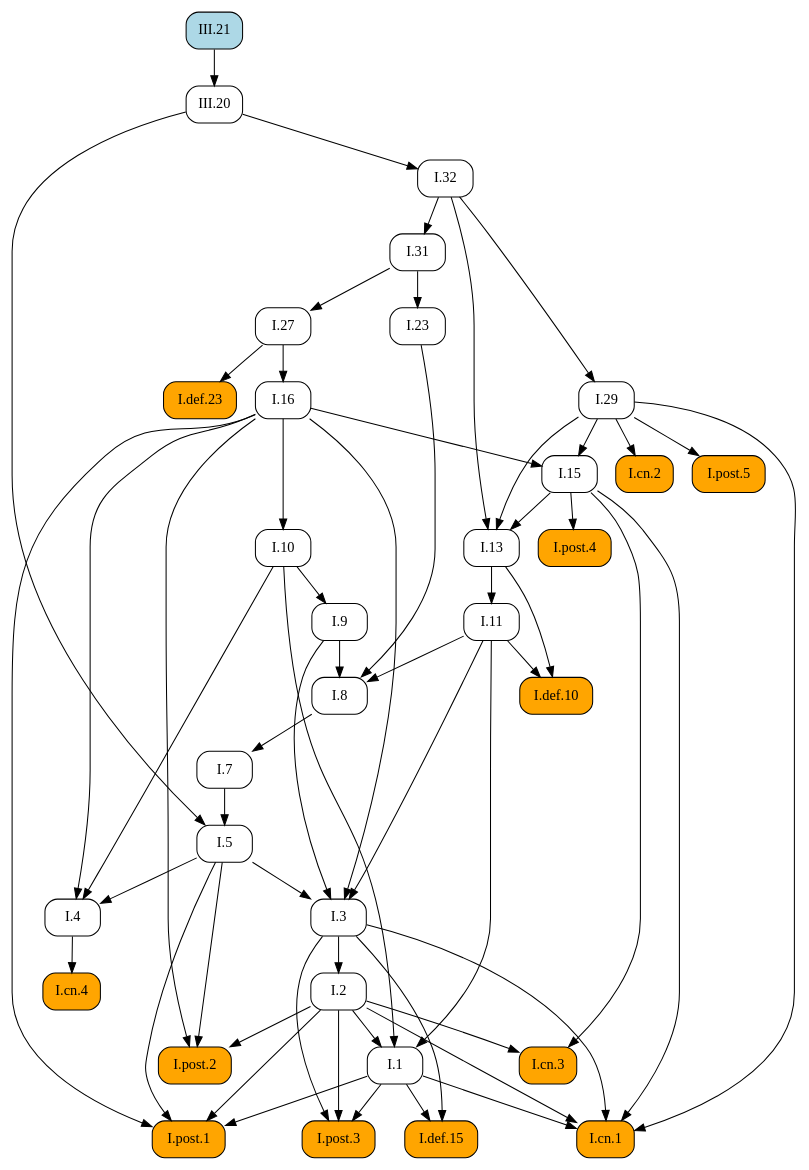
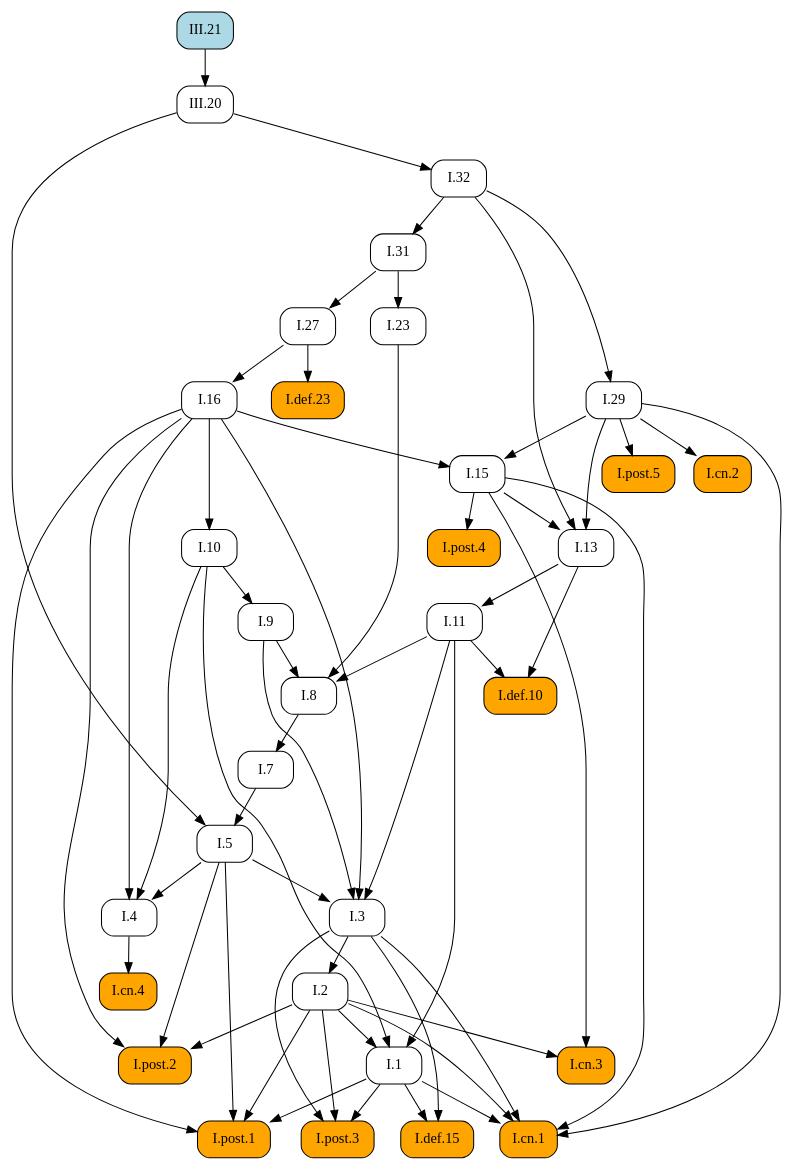
One commit to geometor/elements changed the diagram in docsrc/heath/III/21/index.rst. Above: the diagram before and after it, drawn with Graphviz. The commit also changed other lines of this file and 1029 other files, not shown here.

```diff
--- a/docsrc/heath/III/21/index.rst
+++ b/docsrc/heath/III/21/index.rst
@@ -49,94 +49,94 @@
    digraph {
      rankdir="TB";
      node [shape=box, style=rounded];
+     "I.def.10" [style="rounded,filled", fillcolor=orange, URL="/heath/I/def.10/", target="_top"];
+     "I.11" [URL="/heath/I/11/", target="_top"];
+     "I.post.4" [style="rounded,filled", fillcolor=orange, URL="/heath/I/post.4/", target="_top"];
+     "I.1" [URL="/heath/I/1/", target="_top"];
+     "I.27" [URL="/heath/I/27/", target="_top"];
+     "I.7" [URL="/heath/I/7/", target="_top"];
+     "I.3" [URL="/heath/I/3/", target="_top"];
+     "I.2" [URL="/heath/I/2/", target="_top"];
+     "I.4" [URL="/heath/I/4/", target="_top"];
+     "I.def.23" [style="rounded,filled", fillcolor=orange, URL="/heath/I/def.23/", target="_top"];
+     "III.20" [URL="/heath/III/20/", target="_top"];
+     "I.29" [URL="/heath/I/29/", target="_top"];
      "I.13" [URL="/heath/I/13/", target="_top"];
+     "I.cn.2" [style="rounded,filled", fillcolor=orange, URL="/heath/I/cn.2/", target="_top"];
+     "I.post.2" [style="rounded,filled", fillcolor=orange, URL="/heath/I/post.2/", target="_top"];
+     "I.31" [URL="/heath/I/31/", target="_top"];
+     "I.16" [URL="/heath/I/16/", target="_top"];
+     "I.def.15" [style="rounded,filled", fillcolor=orange, URL="/heath/I/def.15/", target="_top"];
+     "I.9" [URL="/heath/I/9/", target="_top"];
+     "I.post.3" [style="rounded,filled", fillcolor=orange, URL="/heath/I/post.3/", target="_top"];
+     "I.cn.1" [style="rounded,filled", fillcolor=orange, URL="/heath/I/cn.1/", target="_top"];
      "I.cn.3" [style="rounded,filled", fillcolor=orange, URL="/heath/I/cn.3/", target="_top"];
-     "I.cn.2" [style="rounded,filled", fillcolor=orange, URL="/heath/I/cn.2/", target="_top"];
+     "I.32" [URL="/heath/I/32/", target="_top"];
+     "I.8" [URL="/heath/I/8/", target="_top"];
+     "I.cn.4" [style="rounded,filled", fillcolor=orange, URL="/heath/I/cn.4/", target="_top"];
+     "I.23" [URL="/heath/I/23/", target="_top"];
+     "I.15" [URL="/heath/I/15/", target="_top"];
+     "III.21" [style="rounded,filled", fillcolor=lightblue, URL="/heath/III/21/", target="_top"];
+     "I.post.5" [style="rounded,filled", fillcolor=orange, URL="/heath/I/post.5/", target="_top"];
+     "I.post.1" [style="rounded,filled", fillcolor=orange, URL="/heath/I/post.1/", target="_top"];
+     "I.10" [URL="/heath/I/10/", target="_top"];
      "I.5" [URL="/heath/I/5/", target="_top"];
-     "III.21" [style="rounded,filled", fillcolor=lightblue, URL="/heath/III/21/", target="_top"];
-     "I.11" [URL="/heath/I/11/", target="_top"];
-     "I.29" [URL="/heath/I/29/", target="_top"];
-     "I.7" [URL="/heath/I/7/", target="_top"];
-     "I.10" [URL="/heath/I/10/", target="_top"];
-     "I.4" [URL="/heath/I/4/", target="_top"];
-     "I.27" [URL="/heath/I/27/", target="_top"];
-     "I.def.23" [style="rounded,filled", fillcolor=orange, URL="/heath/I/def.23/", target="_top"];
-     "I.3" [URL="/heath/I/3/", target="_top"];
-     "I.16" [URL="/heath/I/16/", target="_top"];
-     "I.31" [URL="/heath/I/31/", target="_top"];
-     "I.8" [URL="/heath/I/8/", target="_top"];
-     "I.9" [URL="/heath/I/9/", target="_top"];
-     "I.def.10" [style="rounded,filled", fillcolor=orange, URL="/heath/I/def.10/", target="_top"];
-     "III.20" [URL="/heath/III/20/", target="_top"];
-     "I.post.4" [style="rounded,filled", fillcolor=orange, URL="/heath/I/post.4/", target="_top"];
-     "I.2" [URL="/heath/I/2/", target="_top"];
-     "I.post.2" [style="rounded,filled", fillcolor=orange, URL="/heath/I/post.2/", target="_top"];
-     "I.def.15" [style="rounded,filled", fillcolor=orange, URL="/heath/I/def.15/", target="_top"];
-     "I.1" [URL="/heath/I/1/", target="_top"];
-     "I.post.3" [style="rounded,filled", fillcolor=orange, URL="/heath/I/post.3/", target="_top"];
-     "I.post.1" [style="rounded,filled", fillcolor=orange, URL="/heath/I/post.1/", target="_top"];
-     "I.post.5" [style="rounded,filled", fillcolor=orange, URL="/heath/I/post.5/", target="_top"];
-     "I.cn.4" [style="rounded,filled", fillcolor=orange, URL="/heath/I/cn.4/", target="_top"];
-     "I.15" [URL="/heath/I/15/", target="_top"];
-     "I.cn.1" [style="rounded,filled", fillcolor=orange, URL="/heath/I/cn.1/", target="_top"];
-     "I.32" [URL="/heath/I/32/", target="_top"];
-     "I.23" [URL="/heath/I/23/", target="_top"];
-     "I.15" -> "I.13";
-     "I.29" -> "I.13";
-     "I.32" -> "I.13";
-     "I.2" -> "I.cn.3";
-     "I.15" -> "I.cn.3";
-     "I.29" -> "I.cn.2";
-     "I.7" -> "I.5";
-     "III.20" -> "I.5";
+     "I.11" -> "I.def.10";
+     "I.13" -> "I.def.10";
      "I.13" -> "I.11";
-     "I.32" -> "I.29";
+     "I.15" -> "I.post.4";
+     "I.2" -> "I.1";
+     "I.10" -> "I.1";
+     "I.11" -> "I.1";
+     "I.31" -> "I.27";
      "I.8" -> "I.7";
-     "I.16" -> "I.10";
-     "I.5" -> "I.4";
-     "I.10" -> "I.4";
-     "I.16" -> "I.4";
-     "I.31" -> "I.27";
-     "I.27" -> "I.def.23";
      "I.5" -> "I.3";
      "I.9" -> "I.3";
      "I.11" -> "I.3";
      "I.16" -> "I.3";
-     "I.27" -> "I.16";
-     "I.32" -> "I.31";
-     "I.9" -> "I.8";
-     "I.11" -> "I.8";
-     "I.23" -> "I.8";
-     "I.10" -> "I.9";
-     "I.11" -> "I.def.10";
-     "I.13" -> "I.def.10";
+     "I.3" -> "I.2";
+     "I.5" -> "I.4";
+     "I.10" -> "I.4";
+     "I.16" -> "I.4";
+     "I.27" -> "I.def.23";
      "III.21" -> "III.20";
-     "I.15" -> "I.post.4";
-     "I.3" -> "I.2";
+     "I.32" -> "I.29";
+     "I.15" -> "I.13";
+     "I.29" -> "I.13";
+     "I.32" -> "I.13";
+     "I.29" -> "I.cn.2";
      "I.2" -> "I.post.2";
      "I.5" -> "I.post.2";
      "I.16" -> "I.post.2";
+     "I.32" -> "I.31";
+     "I.27" -> "I.16";
      "I.1" -> "I.def.15";
      "I.3" -> "I.def.15";
-     "I.2" -> "I.1";
-     "I.10" -> "I.1";
-     "I.11" -> "I.1";
+     "I.10" -> "I.9";
      "I.1" -> "I.post.3";
      "I.2" -> "I.post.3";
      "I.3" -> "I.post.3";
-     "I.1" -> "I.post.1";
-     "I.2" -> "I.post.1";
-     "I.5" -> "I.post.1";
-     "I.16" -> "I.post.1";
-     "I.29" -> "I.post.5";
-     "I.4" -> "I.cn.4";
-     "I.16" -> "I.15";
-     "I.29" -> "I.15";
      "I.1" -> "I.cn.1";
      "I.2" -> "I.cn.1";
      "I.3" -> "I.cn.1";
      "I.15" -> "I.cn.1";
      "I.29" -> "I.cn.1";
+     "I.2" -> "I.cn.3";
+     "I.15" -> "I.cn.3";
      "III.20" -> "I.32";
+     "I.9" -> "I.8";
+     "I.11" -> "I.8";
+     "I.23" -> "I.8";
+     "I.4" -> "I.cn.4";
      "I.31" -> "I.23";
+     "I.16" -> "I.15";
+     "I.29" -> "I.15";
+     "I.29" -> "I.post.5";
+     "I.1" -> "I.post.1";
+     "I.2" -> "I.post.1";
+     "I.5" -> "I.post.1";
+     "I.16" -> "I.post.1";
+     "I.16" -> "I.10";
+     "I.7" -> "I.5";
+     "III.20" -> "I.5";
    }
```
